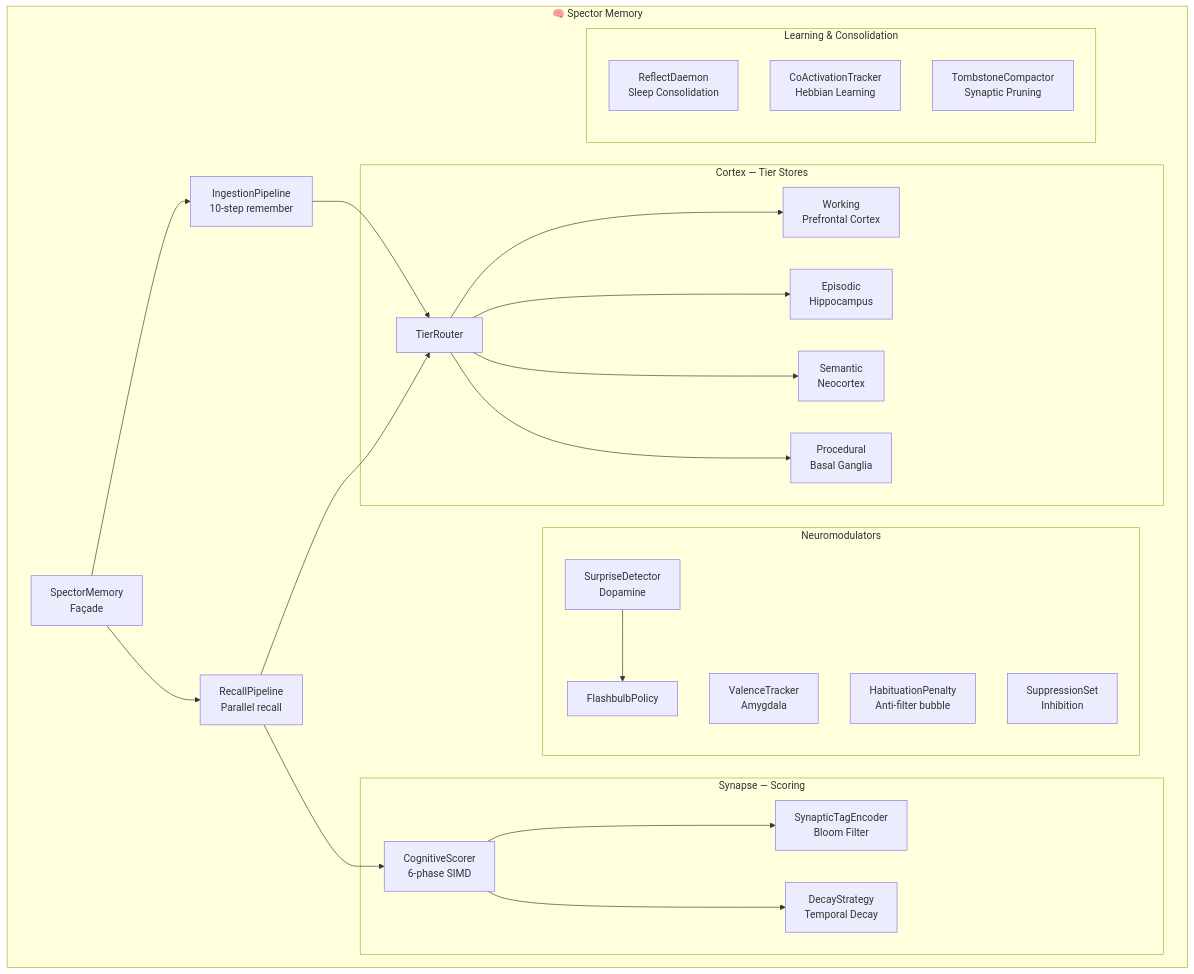
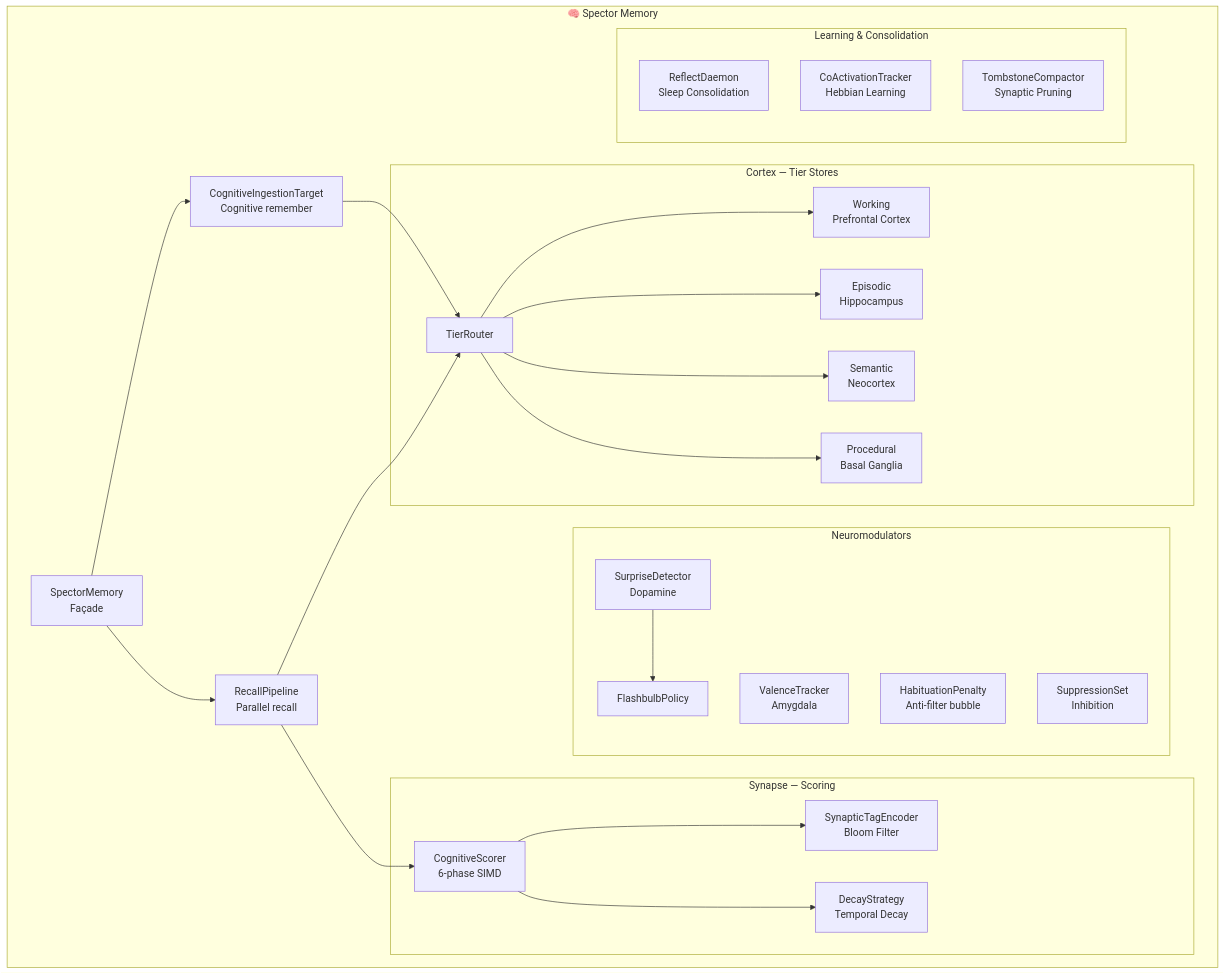
Before and after one commit to spectrayan/spector: the diagram in docs/docs/memory/index.md, drawn with Mermaid. The commit also changed 8 other files, not shown here.

Commit message:
docs: update architecture docs for memory module and ingestion pipeline

````diff
--- a/docs/docs/memory/index.md
+++ b/docs/docs/memory/index.md
@@ -37,36 +37,36 @@
 ```mermaid
 graph TB
     subgraph "🧠 Spector Memory"
-        SM[SpectorMemory<br/>Façade] --> IP[IngestionPipeline<br/>10-step remember]
+        SM[SpectorMemory<br/>Façade] --> CT[CognitiveIngestionTarget<br/>Cognitive remember]
         SM --> RP[RecallPipeline<br/>Parallel recall]
         
         subgraph "Cortex — Tier Stores"
             TR[TierRouter] --> WM[Working<br/>Prefrontal Cortex]
             TR --> EM[Episodic<br/>Hippocampus]
             TR --> SE[Semantic<br/>Neocortex]
             TR --> PR[Procedural<br/>Basal Ganglia]
         end
         
         subgraph "Synapse — Scoring"
             CS[CognitiveScorer<br/>6-phase SIMD] --> STE[SynapticTagEncoder<br/>Bloom Filter]
             CS --> DS[DecayStrategy<br/>Temporal Decay]
         end
         
         subgraph "Neuromodulators"
             SD[SurpriseDetector<br/>Dopamine] --> FP[FlashbulbPolicy]
             VT[ValenceTracker<br/>Amygdala]
             HP[HabituationPenalty<br/>Anti-filter bubble]
             SS[SuppressionSet<br/>Inhibition]
         end
         
         subgraph "Learning & Consolidation"
             RD[ReflectDaemon<br/>Sleep Consolidation]
             CA[CoActivationTracker<br/>Hebbian Learning]
             TC[TombstoneCompactor<br/>Synaptic Pruning]
         end
         
-        IP --> TR
+        CT --> TR
         RP --> CS
         RP --> TR
     end
 ```
````
